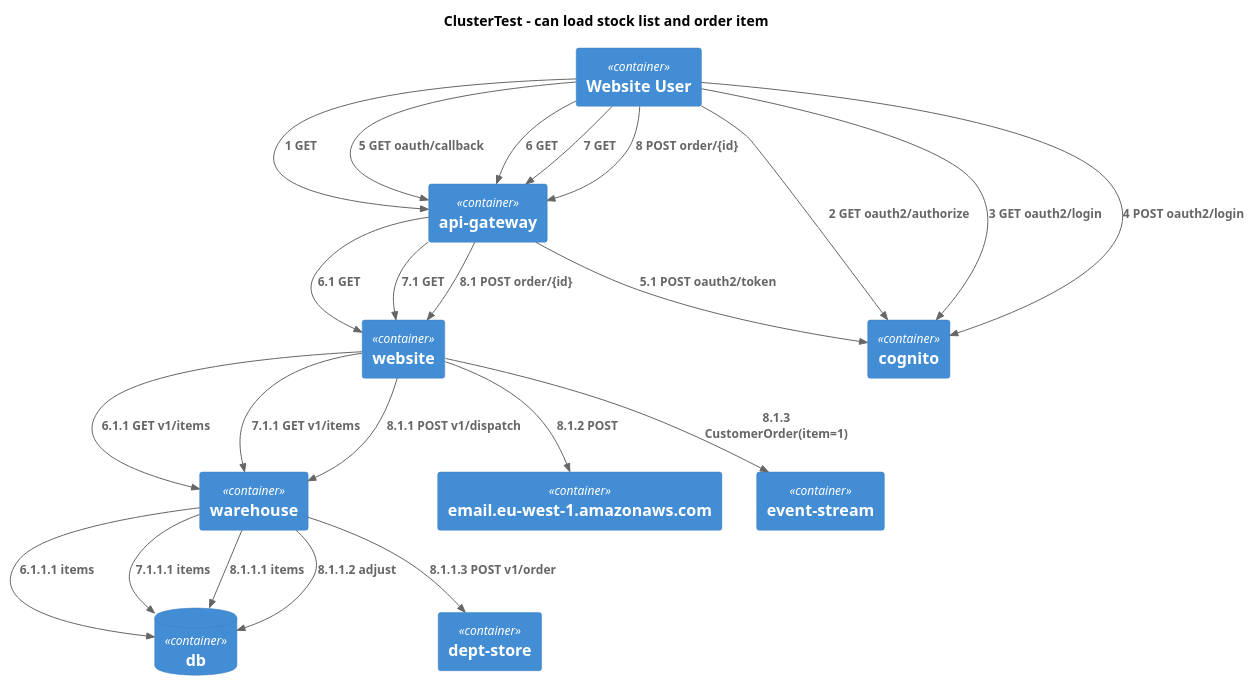
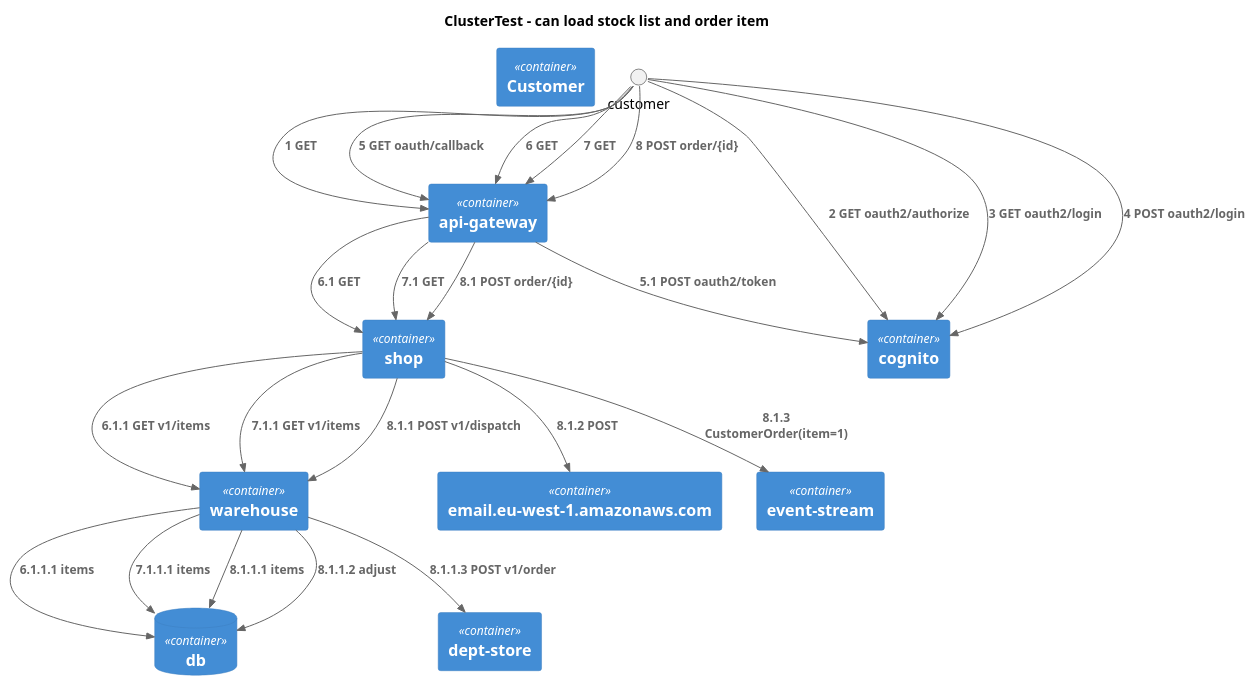
Before and after one commit to http4k/exploring-the-testing-hyperpyramid: the diagram in .presentation/.generated/ClusterTest - can load stock list and order item - Flow.puml, drawn with PlantUML. The commit also changed 9 other files, not shown here.

Commit message:
rework diagrams

```diff
--- a/.presentation/.generated/ClusterTest - can load stock list and order item - Flow.puml
+++ b/.presentation/.generated/ClusterTest - can load stock list and order item - Flow.puml
@@ -1,38 +1,38 @@
 @startuml
 title ClusterTest - can load stock list and order item
 
 !include https://raw.githubusercontent.com/plantuml-stdlib/C4-PlantUML/master/C4_Container.puml
 
 
-Container(WebsiteUser, "Website User")
+Container(Customer, "Customer")
 Container(apigateway, "api-gateway")
-Container(website, "website")
+Container(shop, "shop")
 Container(warehouse, "warehouse")
 Container(cognito, "cognito")
 ContainerDb(db, "db")
 Container(deptstore, "dept-store")
 Container(emaileuwest1amazonawscom, "email.eu-west-1.amazonaws.com")
 Container(eventstream, "event-stream")    
-Rel_D(WebsiteUser, apigateway, "1 GET ")
-Rel_D(WebsiteUser, cognito, "2 GET oauth2/authorize")
-Rel_D(WebsiteUser, cognito, "3 GET oauth2/login")
-Rel_D(WebsiteUser, cognito, "4 POST oauth2/login")
-Rel_D(WebsiteUser, apigateway, "5 GET oauth/callback")
+Rel_D(customer, apigateway, "1 GET ")
+Rel_D(customer, cognito, "2 GET oauth2/authorize")
+Rel_D(customer, cognito, "3 GET oauth2/login")
+Rel_D(customer, cognito, "4 POST oauth2/login")
+Rel_D(customer, apigateway, "5 GET oauth/callback")
 Rel_D(apigateway, cognito, "5.1 POST oauth2/token")
-Rel_D(WebsiteUser, apigateway, "6 GET ")
-Rel_D(apigateway, website, "6.1 GET ")
-Rel_D(website, warehouse, "6.1.1 GET v1/items")
+Rel_D(customer, apigateway, "6 GET ")
+Rel_D(apigateway, shop, "6.1 GET ")
+Rel_D(shop, warehouse, "6.1.1 GET v1/items")
 Rel_D(warehouse, db, "6.1.1.1 items")
-Rel_D(WebsiteUser, apigateway, "7 GET ")
-Rel_D(apigateway, website, "7.1 GET ")
-Rel_D(website, warehouse, "7.1.1 GET v1/items")
+Rel_D(customer, apigateway, "7 GET ")
+Rel_D(apigateway, shop, "7.1 GET ")
+Rel_D(shop, warehouse, "7.1.1 GET v1/items")
 Rel_D(warehouse, db, "7.1.1.1 items")
-Rel_D(WebsiteUser, apigateway, "8 POST order/{id}")
-Rel_D(apigateway, website, "8.1 POST order/{id}")
-Rel_D(website, warehouse, "8.1.1 POST v1/dispatch")
+Rel_D(customer, apigateway, "8 POST order/{id}")
+Rel_D(apigateway, shop, "8.1 POST order/{id}")
+Rel_D(shop, warehouse, "8.1.1 POST v1/dispatch")
 Rel_D(warehouse, db, "8.1.1.1 items")
 Rel_D(warehouse, db, "8.1.1.2 adjust")
 Rel_D(warehouse, deptstore, "8.1.1.3 POST v1/order")
-Rel_D(website, emaileuwest1amazonawscom, "8.1.2 POST ")
-Rel_D(website, eventstream, "8.1.3 CustomerOrder(item=1)")    
+Rel_D(shop, emaileuwest1amazonawscom, "8.1.2 POST ")
+Rel_D(shop, eventstream, "8.1.3 CustomerOrder(item=1)")
 @enduml
```
